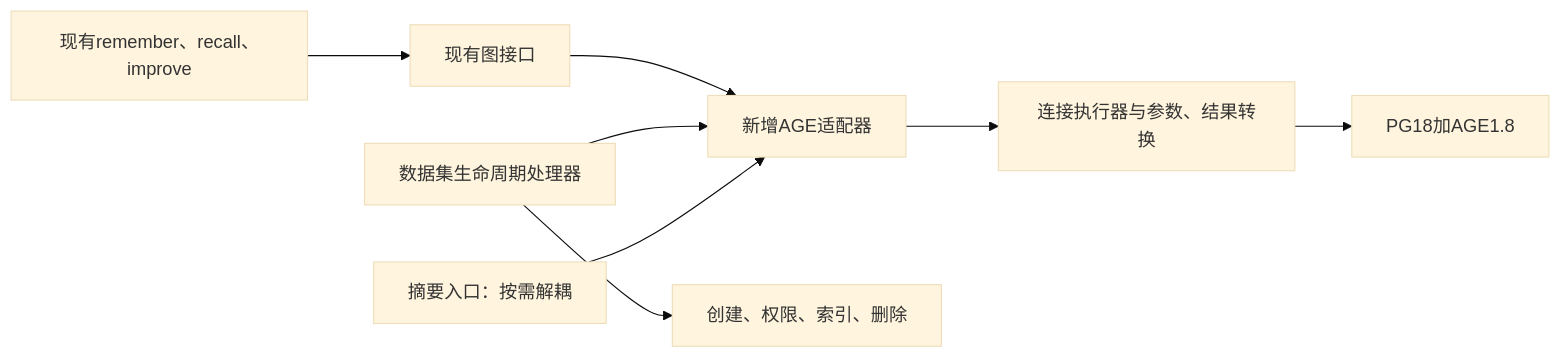
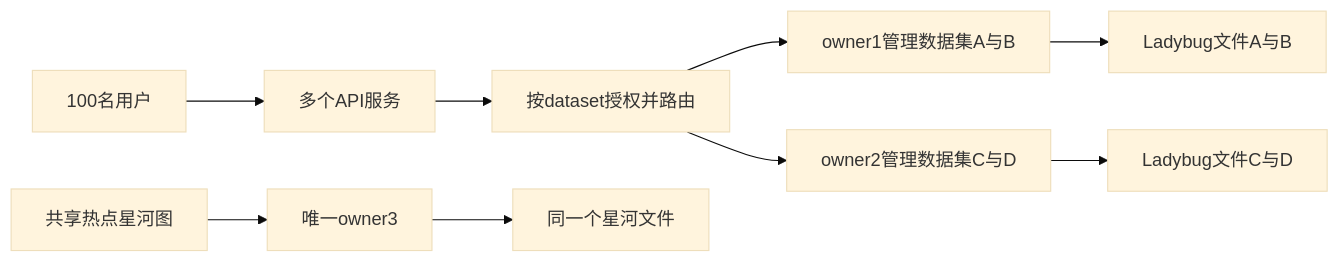
Diagram 24 of 35 in docs/cognee/graph-storage-postgres-analysis.md (stefanv5/memory-platform-architecture), drawn with Mermaid (base theme) before and after one commit. The commit also changed other lines of this file, not shown here.

Commit message:
docs(cognee): clarify AGE changes and compare memory architectures

````diff
--- a/docs/cognee/graph-storage-postgres-analysis.md
+++ b/docs/cognee/graph-storage-postgres-analysis.md
@@ -381,10 +843,11 @@
 ```mermaid
 flowchart LR
-    U[现有remember、recall、improve] --> I[现有图接口]
-    I --> A[新增AGE适配器]
-    A --> C[连接执行器与参数、结果转换]
-    C --> G[PG18加AGE1.8]
-    H[数据集生命周期处理器] --> A
-    H --> S[创建、权限、索引、删除]
-    T[摘要入口：按需解耦] --> A
+    U[100名用户] --> A[多个API服务]
+    A --> R[按dataset授权并路由]
+    R --> O1[owner1管理数据集A与B]
+    R --> O2[owner2管理数据集C与D]
+    O1 --> G1[Ladybug文件A与B]
+    O2 --> G2[Ladybug文件C与D]
+    S[共享热点星河图] --> O3[唯一owner3]
+    O3 --> G3[同一个星河文件]
 ```
````
